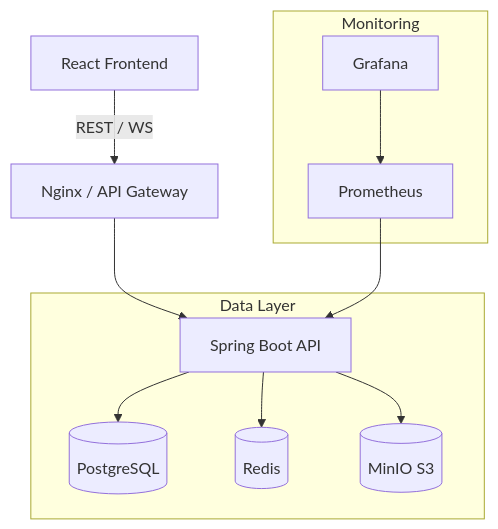
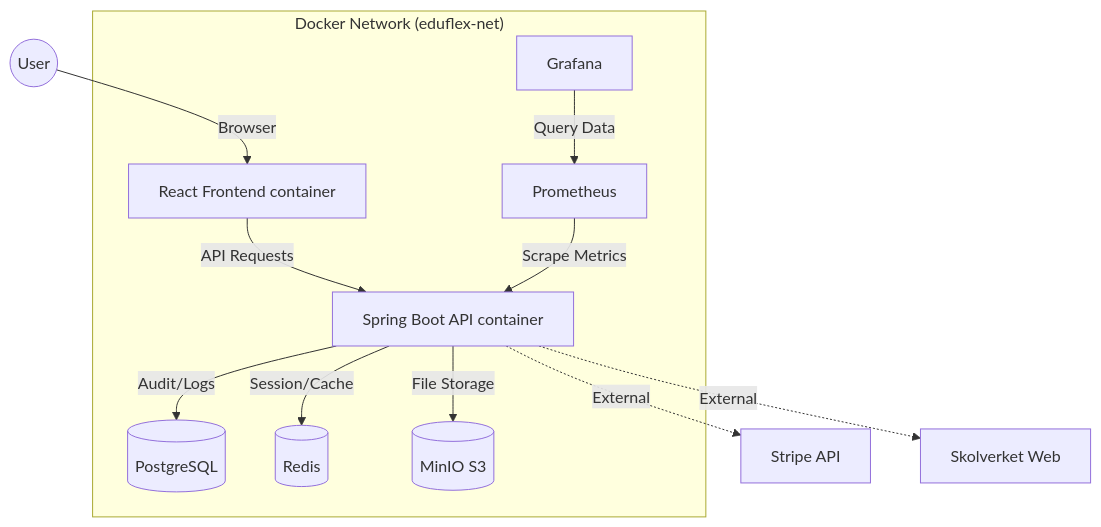
The diagram in README.md (alexwest1981/EduFlex), drawn with Mermaid before and after one commit. The commit also changed other lines of this file, not shown here.

````diff
--- a/README.md
+++ b/README.md
@@ -84,16 +83,17 @@
 ```mermaid
 graph TD
-    Client[React Frontend] -->|REST / WS| LoadBalancer[Nginx / API Gateway]
-    LoadBalancer --> Backend[Spring Boot API]
+    User((User)) -->|Browser| Frontend[React Frontend container]
     
-    subgraph Data Layer
-        Backend --> DB[(PostgreSQL)]
-        Backend --> Cache[(Redis)]
-        Backend --> Storage[(MinIO S3)]
+    subgraph "Docker Network (eduflex-net)"
+        Frontend -->|API Requests| Backend[Spring Boot API container]
+        Backend -->|Audit/Logs| DB[(PostgreSQL)]
+        Backend -->|Session/Cache| Redis[(Redis)]
+        Backend -->|File Storage| MinIO[(MinIO S3)]
+        
+        Prometheus[Prometheus] -->|Scrape Metrics| Backend
+        Grafana[Grafana] -->|Query Data| Prometheus
     end
     
-    subgraph Monitoring
-        Prometheus --> Backend
-        Grafana --> Prometheus
-    end
+    Backend -.->|External| Stripe[Stripe API]
+    Backend -.->|External| Skolverket[Skolverket Web]
 ```
````
